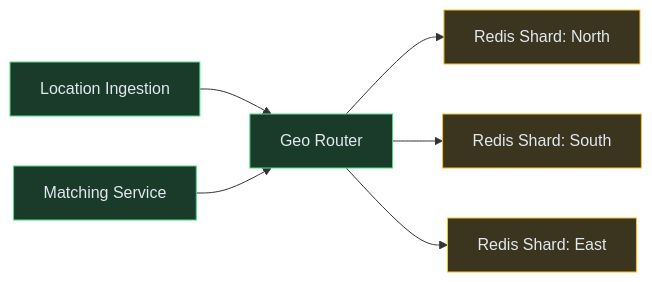
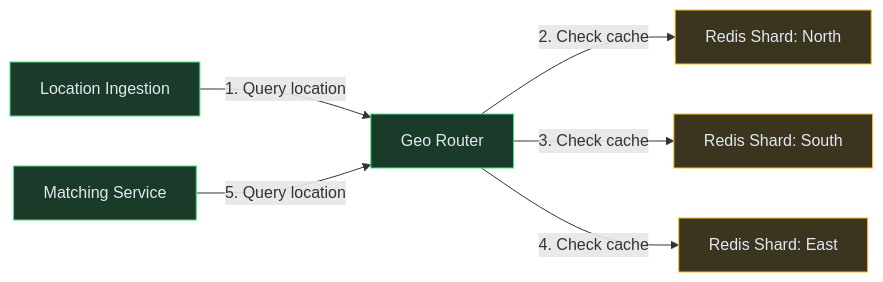
The eighth of 11 diagrams in content/hld/Uber.md (iluzn/HLD-Designs), drawn with Mermaid before and after one commit. The commit also changed other lines of this file and 27 other files, not shown here.

````diff
--- a/content/hld/Uber.md
+++ b/content/hld/Uber.md
@@ -436,18 +436,18 @@
 ```mermaid
 flowchart LR
     LI["Location Ingestion"]:::service
     ROUTER["Geo Router"]:::service
     R1["Redis Shard: North"]:::data
     R2["Redis Shard: South"]:::data
     R3["Redis Shard: East"]:::data
     MS["Matching Service"]:::service
 
-    LI --> ROUTER
-    ROUTER --> R1
-    ROUTER --> R2
-    ROUTER --> R3
-    MS --> ROUTER
+    LI -->|"1. Query location"| ROUTER
+    ROUTER -->|"2. Check cache"| R1
+    ROUTER -->|"3. Check cache"| R2
+    ROUTER -->|"4. Check cache"| R3
+    MS -->|"5. Query location"| ROUTER
 
     classDef service fill:#1a3a2a,stroke:#4ade80,color:#e2e8f0
     classDef data fill:#3b3520,stroke:#fbbf24,color:#e2e8f0
 ```
````
